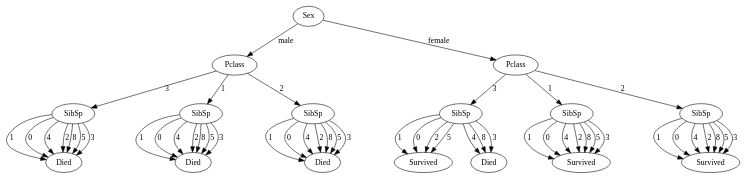
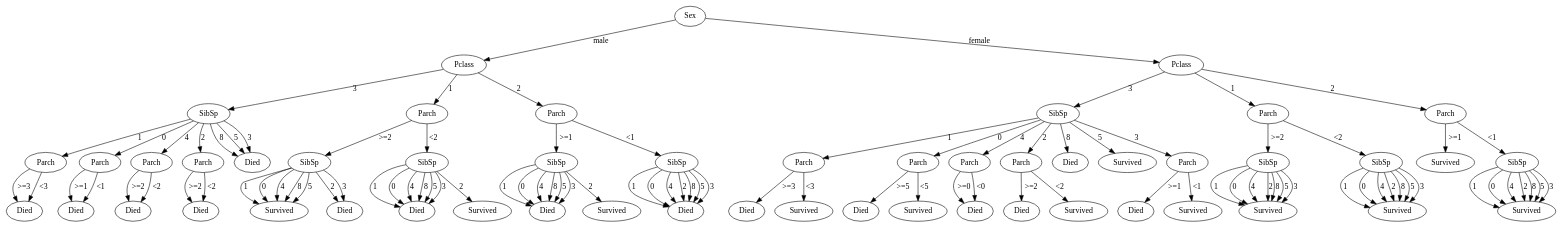
The diagram in test2.gv (Jorgro/TDT4171-Methods-in-AI), drawn with Graphviz before and after one commit. The commit also changed 2 other files, not shown here.

```diff
--- a/test2.gv
+++ b/test2.gv
@@ -7,147 +7,288 @@
 	SibSp0 [label=SibSp]
 	Pclass0 -> SibSp0 [label=3]
 	SibSp0 [label=SibSp]
-	02 [label=Died]
-	SibSp0 -> 02 [label=1]
+	Parch0 [label=Parch]
+	SibSp0 -> Parch0 [label=1]
+	Parch0 [label=Parch]
+	03 [label=Died]
+	Parch0 -> 03 [label=">=3"]
+	Parch0 [label=Parch]
+	03 [label=Died]
+	Parch0 -> 03 [label="<3"]
 	SibSp0 [label=SibSp]
-	02 [label=Died]
-	SibSp0 -> 02 [label=0]
+	Parch1 [label=Parch]
+	SibSp0 -> Parch1 [label=0]
+	Parch1 [label=Parch]
+	05 [label=Died]
+	Parch1 -> 05 [label=">=1"]
+	Parch1 [label=Parch]
+	05 [label=Died]
+	Parch1 -> 05 [label="<1"]
 	SibSp0 [label=SibSp]
-	02 [label=Died]
-	SibSp0 -> 02 [label=4]
+	Parch2 [label=Parch]
+	SibSp0 -> Parch2 [label=4]
+	Parch2 [label=Parch]
+	07 [label=Died]
+	Parch2 -> 07 [label=">=2"]
+	Parch2 [label=Parch]
+	07 [label=Died]
+	Parch2 -> 07 [label="<2"]
 	SibSp0 [label=SibSp]
-	02 [label=Died]
-	SibSp0 -> 02 [label=2]
+	Parch3 [label=Parch]
+	SibSp0 -> Parch3 [label=2]
+	Parch3 [label=Parch]
+	09 [label=Died]
+	Parch3 -> 09 [label=">=2"]
+	Parch3 [label=Parch]
+	09 [label=Died]
+	Parch3 -> 09 [label="<2"]
 	SibSp0 [label=SibSp]
-	02 [label=Died]
-	SibSp0 -> 02 [label=8]
+	010 [label=Died]
+	SibSp0 -> 010 [label=8]
 	SibSp0 [label=SibSp]
-	02 [label=Died]
-	SibSp0 -> 02 [label=5]
+	010 [label=Died]
+	SibSp0 -> 010 [label=5]
 	SibSp0 [label=SibSp]
-	02 [label=Died]
-	SibSp0 -> 02 [label=3]
+	010 [label=Died]
+	SibSp0 -> 010 [label=3]
 	Pclass0 [label=Pclass]
+	Parch4 [label=Parch]
+	Pclass0 -> Parch4 [label=1]
+	Parch4 [label=Parch]
 	SibSp1 [label=SibSp]
-	Pclass0 -> SibSp1 [label=1]
+	Parch4 -> SibSp1 [label=">=2"]
 	SibSp1 [label=SibSp]
-	04 [label=Died]
-	SibSp1 -> 04 [label=1]
+	113 [label=Survived]
+	SibSp1 -> 113 [label=1]
 	SibSp1 [label=SibSp]
-	04 [label=Died]
-	SibSp1 -> 04 [label=0]
+	113 [label=Survived]
+	SibSp1 -> 113 [label=0]
 	SibSp1 [label=SibSp]
-	04 [label=Died]
-	SibSp1 -> 04 [label=4]
+	113 [label=Survived]
+	SibSp1 -> 113 [label=4]
 	SibSp1 [label=SibSp]
-	04 [label=Died]
-	SibSp1 -> 04 [label=2]
+	013 [label=Died]
+	SibSp1 -> 013 [label=2]
 	SibSp1 [label=SibSp]
-	04 [label=Died]
-	SibSp1 -> 04 [label=8]
+	113 [label=Survived]
+	SibSp1 -> 113 [label=8]
 	SibSp1 [label=SibSp]
-	04 [label=Died]
-	SibSp1 -> 04 [label=5]
+	113 [label=Survived]
+	SibSp1 -> 113 [label=5]
 	SibSp1 [label=SibSp]
-	04 [label=Died]
-	SibSp1 -> 04 [label=3]
+	013 [label=Died]
+	SibSp1 -> 013 [label=3]
+	Parch4 [label=Parch]
+	SibSp2 [label=SibSp]
+	Parch4 -> SibSp2 [label="<2"]
+	SibSp2 [label=SibSp]
+	015 [label=Died]
+	SibSp2 -> 015 [label=1]
+	SibSp2 [label=SibSp]
+	015 [label=Died]
+	SibSp2 -> 015 [label=0]
+	SibSp2 [label=SibSp]
+	015 [label=Died]
+	SibSp2 -> 015 [label=4]
+	SibSp2 [label=SibSp]
+	115 [label=Survived]
+	SibSp2 -> 115 [label=2]
+	SibSp2 [label=SibSp]
+	015 [label=Died]
+	SibSp2 -> 015 [label=8]
+	SibSp2 [label=SibSp]
+	015 [label=Died]
+	SibSp2 -> 015 [label=5]
+	SibSp2 [label=SibSp]
+	015 [label=Died]
+	SibSp2 -> 015 [label=3]
 	Pclass0 [label=Pclass]
-	SibSp2 [label=SibSp]
-	Pclass0 -> SibSp2 [label=2]
-	SibSp2 [label=SibSp]
-	06 [label=Died]
-	SibSp2 -> 06 [label=1]
-	SibSp2 [label=SibSp]
-	06 [label=Died]
-	SibSp2 -> 06 [label=0]
-	SibSp2 [label=SibSp]
-	06 [label=Died]
-	SibSp2 -> 06 [label=4]
-	SibSp2 [label=SibSp]
-	06 [label=Died]
-	SibSp2 -> 06 [label=2]
-	SibSp2 [label=SibSp]
-	06 [label=Died]
-	SibSp2 -> 06 [label=8]
-	SibSp2 [label=SibSp]
-	06 [label=Died]
-	SibSp2 -> 06 [label=5]
-	SibSp2 [label=SibSp]
-	06 [label=Died]
-	SibSp2 -> 06 [label=3]
+	Parch5 [label=Parch]
+	Pclass0 -> Parch5 [label=2]
+	Parch5 [label=Parch]
+	SibSp3 [label=SibSp]
+	Parch5 -> SibSp3 [label=">=1"]
+	SibSp3 [label=SibSp]
+	019 [label=Died]
+	SibSp3 -> 019 [label=1]
+	SibSp3 [label=SibSp]
+	019 [label=Died]
+	SibSp3 -> 019 [label=0]
+	SibSp3 [label=SibSp]
+	019 [label=Died]
+	SibSp3 -> 019 [label=4]
+	SibSp3 [label=SibSp]
+	119 [label=Survived]
+	SibSp3 -> 119 [label=2]
+	SibSp3 [label=SibSp]
+	019 [label=Died]
+	SibSp3 -> 019 [label=8]
+	SibSp3 [label=SibSp]
+	019 [label=Died]
+	SibSp3 -> 019 [label=5]
+	SibSp3 [label=SibSp]
+	019 [label=Died]
+	SibSp3 -> 019 [label=3]
+	Parch5 [label=Parch]
+	SibSp4 [label=SibSp]
+	Parch5 -> SibSp4 [label="<1"]
+	SibSp4 [label=SibSp]
+	021 [label=Died]
+	SibSp4 -> 021 [label=1]
+	SibSp4 [label=SibSp]
+	021 [label=Died]
+	SibSp4 -> 021 [label=0]
+	SibSp4 [label=SibSp]
+	021 [label=Died]
+	SibSp4 -> 021 [label=4]
+	SibSp4 [label=SibSp]
+	021 [label=Died]
+	SibSp4 -> 021 [label=2]
+	SibSp4 [label=SibSp]
+	021 [label=Died]
+	SibSp4 -> 021 [label=8]
+	SibSp4 [label=SibSp]
+	021 [label=Died]
+	SibSp4 -> 021 [label=5]
+	SibSp4 [label=SibSp]
+	021 [label=Died]
+	SibSp4 -> 021 [label=3]
 	Sex0 [label=Sex]
 	Pclass1 [label=Pclass]
 	Sex0 -> Pclass1 [label=female]
 	Pclass1 [label=Pclass]
-	SibSp3 [label=SibSp]
-	Pclass1 -> SibSp3 [label=3]
-	SibSp3 [label=SibSp]
-	110 [label=Survived]
-	SibSp3 -> 110 [label=1]
-	SibSp3 [label=SibSp]
-	110 [label=Survived]
-	SibSp3 -> 110 [label=0]
-	SibSp3 [label=SibSp]
-	010 [label=Died]
-	SibSp3 -> 010 [label=4]
-	SibSp3 [label=SibSp]
-	110 [label=Survived]
-	SibSp3 -> 110 [label=2]
-	SibSp3 [label=SibSp]
-	010 [label=Died]
-	SibSp3 -> 010 [label=8]
-	SibSp3 [label=SibSp]
-	110 [label=Survived]
-	SibSp3 -> 110 [label=5]
-	SibSp3 [label=SibSp]
-	010 [label=Died]
-	SibSp3 -> 010 [label=3]
+	SibSp5 [label=SibSp]
+	Pclass1 -> SibSp5 [label=3]
+	SibSp5 [label=SibSp]
+	Parch6 [label=Parch]
+	SibSp5 -> Parch6 [label=1]
+	Parch6 [label=Parch]
+	027 [label=Died]
+	Parch6 -> 027 [label=">=3"]
+	Parch6 [label=Parch]
+	127 [label=Survived]
+	Parch6 -> 127 [label="<3"]
+	SibSp5 [label=SibSp]
+	Parch7 [label=Parch]
+	SibSp5 -> Parch7 [label=0]
+	Parch7 [label=Parch]
+	029 [label=Died]
+	Parch7 -> 029 [label=">=5"]
+	Parch7 [label=Parch]
+	129 [label=Survived]
+	Parch7 -> 129 [label="<5"]
+	SibSp5 [label=SibSp]
+	Parch8 [label=Parch]
+	SibSp5 -> Parch8 [label=4]
+	Parch8 [label=Parch]
+	031 [label=Died]
+	Parch8 -> 031 [label=">=0"]
+	Parch8 [label=Parch]
+	031 [label=Died]
+	Parch8 -> 031 [label="<0"]
+	SibSp5 [label=SibSp]
+	Parch9 [label=Parch]
+	SibSp5 -> Parch9 [label=2]
+	Parch9 [label=Parch]
+	033 [label=Died]
+	Parch9 -> 033 [label=">=2"]
+	Parch9 [label=Parch]
+	133 [label=Survived]
+	Parch9 -> 133 [label="<2"]
+	SibSp5 [label=SibSp]
+	034 [label=Died]
+	SibSp5 -> 034 [label=8]
+	SibSp5 [label=SibSp]
+	134 [label=Survived]
+	SibSp5 -> 134 [label=5]
+	SibSp5 [label=SibSp]
+	Parch10 [label=Parch]
+	SibSp5 -> Parch10 [label=3]
+	Parch10 [label=Parch]
+	035 [label=Died]
+	Parch10 -> 035 [label=">=1"]
+	Parch10 [label=Parch]
+	135 [label=Survived]
+	Parch10 -> 135 [label="<1"]
 	Pclass1 [label=Pclass]
-	SibSp4 [label=SibSp]
-	Pclass1 -> SibSp4 [label=1]
-	SibSp4 [label=SibSp]
-	112 [label=Survived]
-	SibSp4 -> 112 [label=1]
-	SibSp4 [label=SibSp]
-	112 [label=Survived]
-	SibSp4 -> 112 [label=0]
-	SibSp4 [label=SibSp]
-	112 [label=Survived]
-	SibSp4 -> 112 [label=4]
-	SibSp4 [label=SibSp]
-	112 [label=Survived]
-	SibSp4 -> 112 [label=2]
-	SibSp4 [label=SibSp]
-	112 [label=Survived]
-	SibSp4 -> 112 [label=8]
-	SibSp4 [label=SibSp]
-	112 [label=Survived]
-	SibSp4 -> 112 [label=5]
-	SibSp4 [label=SibSp]
-	112 [label=Survived]
-	SibSp4 -> 112 [label=3]
+	Parch11 [label=Parch]
+	Pclass1 -> Parch11 [label=1]
+	Parch11 [label=Parch]
+	SibSp6 [label=SibSp]
+	Parch11 -> SibSp6 [label=">=2"]
+	SibSp6 [label=SibSp]
+	139 [label=Survived]
+	SibSp6 -> 139 [label=1]
+	SibSp6 [label=SibSp]
+	139 [label=Survived]
+	SibSp6 -> 139 [label=0]
+	SibSp6 [label=SibSp]
+	139 [label=Survived]
+	SibSp6 -> 139 [label=4]
+	SibSp6 [label=SibSp]
+	139 [label=Survived]
+	SibSp6 -> 139 [label=2]
+	SibSp6 [label=SibSp]
+	139 [label=Survived]
+	SibSp6 -> 139 [label=8]
+	SibSp6 [label=SibSp]
+	139 [label=Survived]
+	SibSp6 -> 139 [label=5]
+	SibSp6 [label=SibSp]
+	139 [label=Survived]
+	SibSp6 -> 139 [label=3]
+	Parch11 [label=Parch]
+	SibSp7 [label=SibSp]
+	Parch11 -> SibSp7 [label="<2"]
+	SibSp7 [label=SibSp]
+	141 [label=Survived]
+	SibSp7 -> 141 [label=1]
+	SibSp7 [label=SibSp]
+	141 [label=Survived]
+	SibSp7 -> 141 [label=0]
+	SibSp7 [label=SibSp]
+	141 [label=Survived]
+	SibSp7 -> 141 [label=4]
+	SibSp7 [label=SibSp]
+	141 [label=Survived]
+	SibSp7 -> 141 [label=2]
+	SibSp7 [label=SibSp]
+	141 [label=Survived]
+	SibSp7 -> 141 [label=8]
+	SibSp7 [label=SibSp]
+	141 [label=Survived]
+	SibSp7 -> 141 [label=5]
+	SibSp7 [label=SibSp]
+	141 [label=Survived]
+	SibSp7 -> 141 [label=3]
 	Pclass1 [label=Pclass]
-	SibSp5 [label=SibSp]
-	Pclass1 -> SibSp5 [label=2]
-	SibSp5 [label=SibSp]
-	114 [label=Survived]
-	SibSp5 -> 114 [label=1]
-	SibSp5 [label=SibSp]
-	114 [label=Survived]
-	SibSp5 -> 114 [label=0]
-	SibSp5 [label=SibSp]
-	114 [label=Survived]
-	SibSp5 -> 114 [label=4]
-	SibSp5 [label=SibSp]
-	114 [label=Survived]
-	SibSp5 -> 114 [label=2]
-	SibSp5 [label=SibSp]
-	114 [label=Survived]
-	SibSp5 -> 114 [label=8]
-	SibSp5 [label=SibSp]
-	114 [label=Survived]
-	SibSp5 -> 114 [label=5]
-	SibSp5 [label=SibSp]
-	114 [label=Survived]
-	SibSp5 -> 114 [label=3]
+	Parch12 [label=Parch]
+	Pclass1 -> Parch12 [label=2]
+	Parch12 [label=Parch]
+	144 [label=Survived]
+	Parch12 -> 144 [label=">=1"]
+	Parch12 [label=Parch]
+	SibSp8 [label=SibSp]
+	Parch12 -> SibSp8 [label="<1"]
+	SibSp8 [label=SibSp]
+	145 [label=Survived]
+	SibSp8 -> 145 [label=1]
+	SibSp8 [label=SibSp]
+	145 [label=Survived]
+	SibSp8 -> 145 [label=0]
+	SibSp8 [label=SibSp]
+	145 [label=Survived]
+	SibSp8 -> 145 [label=4]
+	SibSp8 [label=SibSp]
+	145 [label=Survived]
+	SibSp8 -> 145 [label=2]
+	SibSp8 [label=SibSp]
+	145 [label=Survived]
+	SibSp8 -> 145 [label=8]
+	SibSp8 [label=SibSp]
+	145 [label=Survived]
+	SibSp8 -> 145 [label=5]
+	SibSp8 [label=SibSp]
+	145 [label=Survived]
+	SibSp8 -> 145 [label=3]
 }
```
